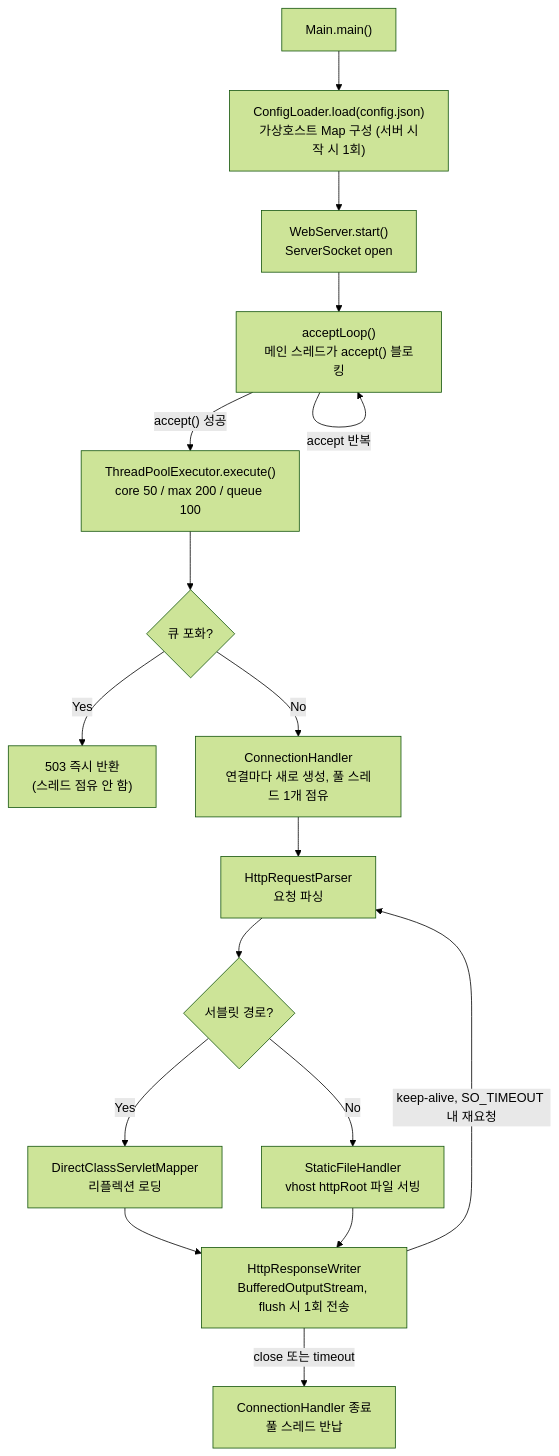
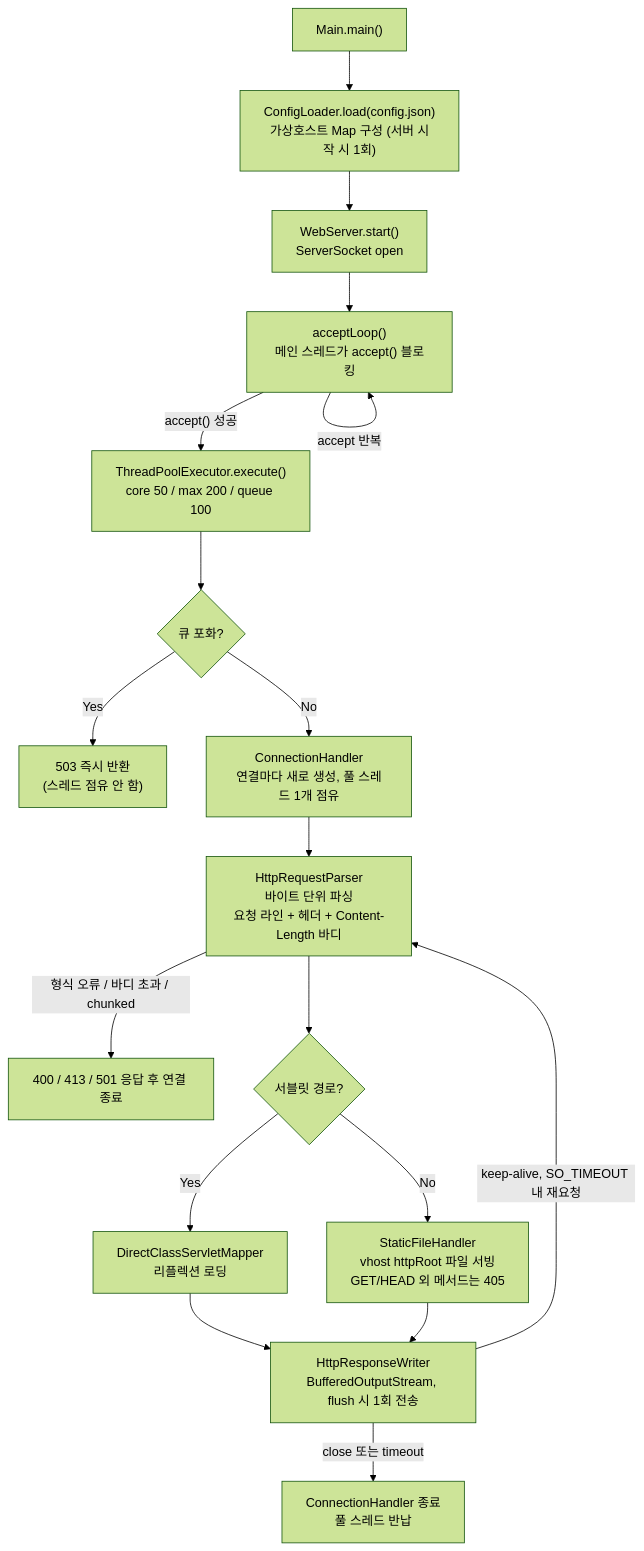
The diagram in README.md (sun8183/was-lab), drawn with Mermaid (forest theme) before and after one commit. The commit also changed other lines of this file, not shown here.

````diff
--- a/README.md
+++ b/README.md
@@ -21,19 +21,20 @@
 ```mermaid
 flowchart TD
     A["Main.main()"] --> B["ConfigLoader.load(config.json)<br/>가상호스트 Map 구성 (서버 시작 시 1회)"]
     B --> C["WebServer.start()<br/>ServerSocket open"]
     C --> D["acceptLoop()<br/>메인 스레드가 accept() 블로킹"]
     D -->|"accept() 성공"| E["ThreadPoolExecutor.execute()<br/>core 50 / max 200 / queue 100"]
     E --> E1{"큐 포화?"}
     E1 -->|Yes| E2["503 즉시 반환<br/>(스레드 점유 안 함)"]
     E1 -->|No| F2["ConnectionHandler<br/>연결마다 새로 생성, 풀 스레드 1개 점유"]
-    F2 --> F["HttpRequestParser<br/>요청 파싱"]
+    F2 --> F["HttpRequestParser<br/>바이트 단위 파싱<br/>요청 라인 + 헤더 + Content-Length 바디"]
+    F -->|"형식 오류 / 바디 초과 / chunked"| F3["400 / 413 / 501 응답 후 연결 종료"]
     F --> G{"서블릿 경로?"}
     G -->|Yes| H["DirectClassServletMapper<br/>리플렉션 로딩"]
-    G -->|No| I["StaticFileHandler<br/>vhost httpRoot 파일 서빙"]
+    G -->|No| I["StaticFileHandler<br/>vhost httpRoot 파일 서빙<br/>GET/HEAD 외 메서드는 405"]
     H --> J["HttpResponseWriter<br/>BufferedOutputStream, flush 시 1회 전송"]
     I --> J
     J -->|"keep-alive, SO_TIMEOUT 내 재요청"| F
     J -->|"close 또는 timeout"| K["ConnectionHandler 종료<br/>풀 스레드 반납"]
     D -->|accept 반복| D
 ```
````
